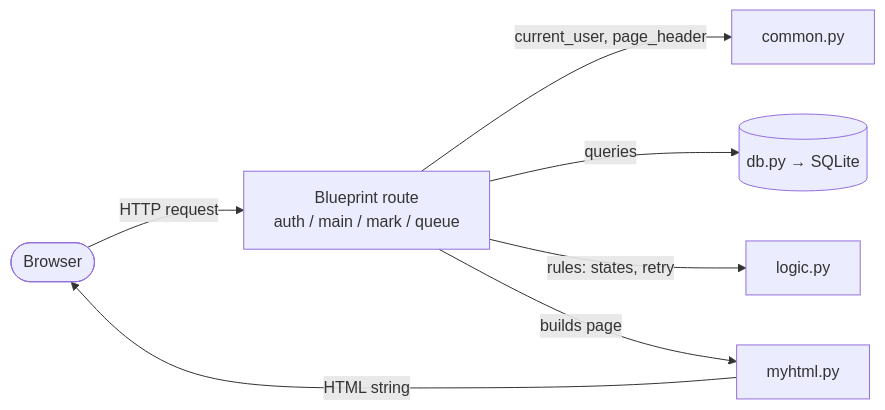
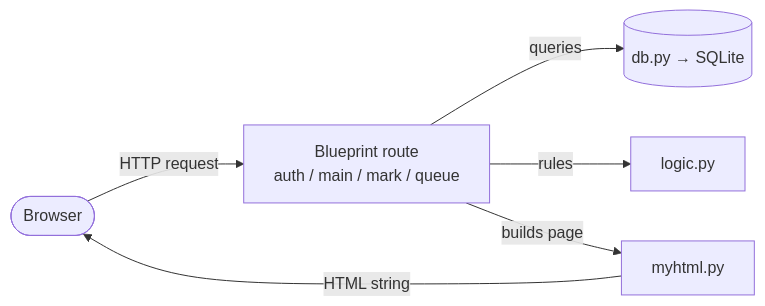
One commit to Zag-Research/competencies-app changed the first of 2 diagrams in README.md. Above: the diagram before and after it, drawn with Mermaid. The commit also changed other lines of this file, not shown here.

````diff
--- a/README.md
+++ b/README.md
@@ -259,9 +109,8 @@
 ```mermaid
 flowchart LR
     Browser([Browser]) -->|HTTP request| Route[Blueprint route<br/>auth / main / mark / queue]
-    Route -->|"current_user, page_header"| Common[common.py]
     Route -->|queries| DB[(db.py → SQLite)]
-    Route -->|"rules: states, retry"| Logic[logic.py]
+    Route -->|"rules"| Logic[logic.py]
     Route -->|builds page| MyHTML[myhtml.py]
     MyHTML -->|HTML string| Browser
 ```
````
